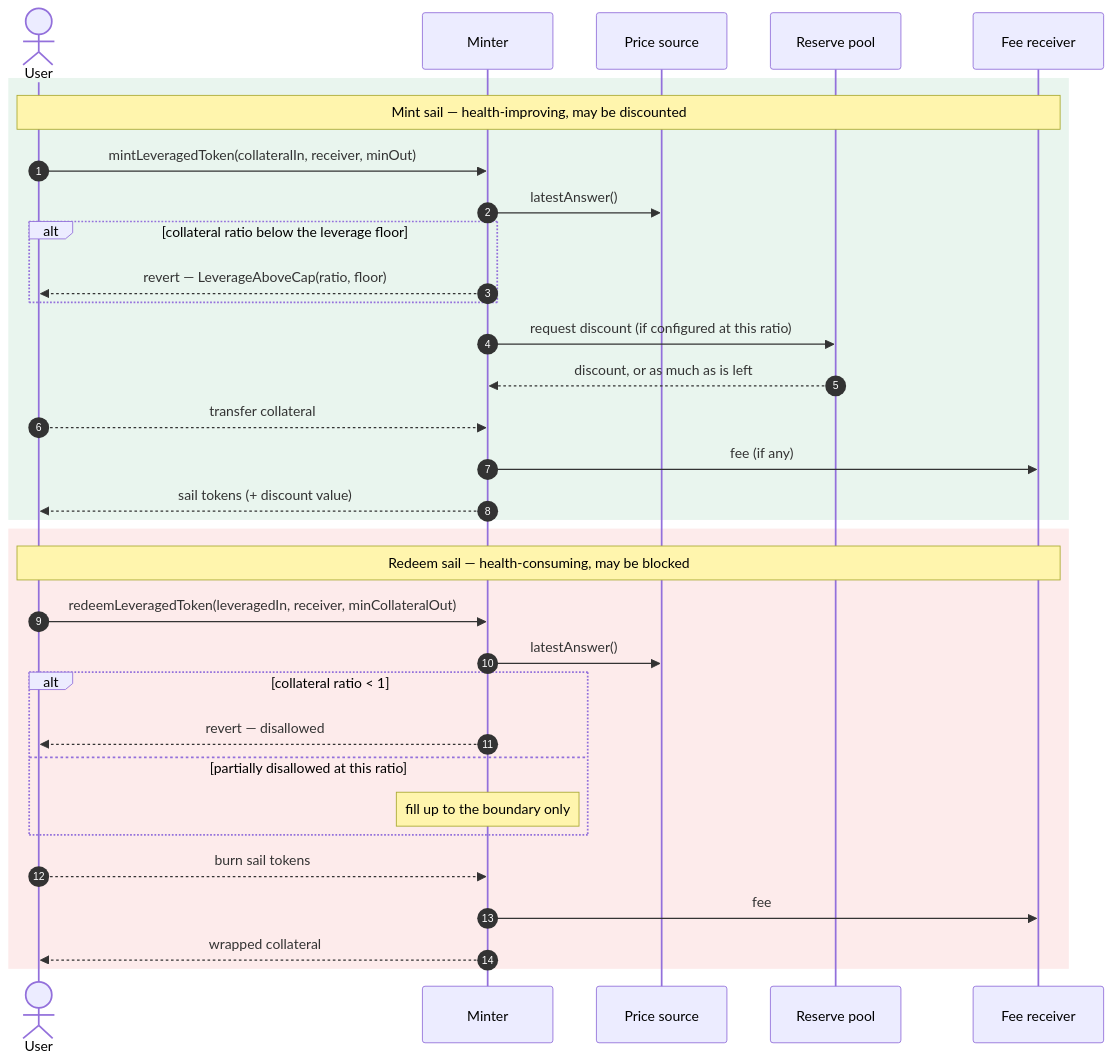
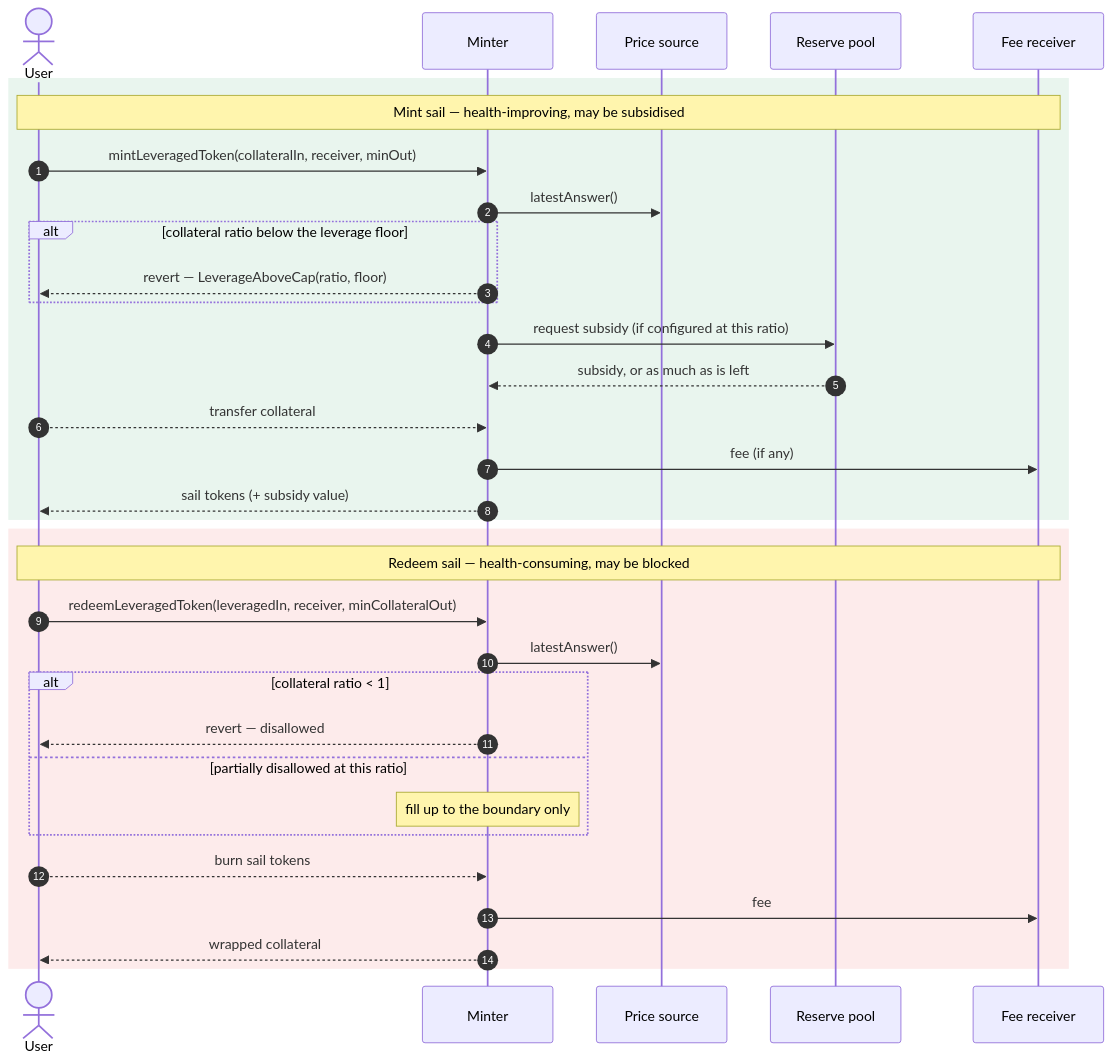
One commit to baofinance/harbor changed the sixth of 16 diagrams in doc/functional-spec.md. Above: the diagram before and after it, drawn with Mermaid. The commit also changed other lines of this file and 23 other files, not shown here.

Commit message:
"discount" renamed "subsidy" for the reserve

````diff
--- a/doc/functional-spec.md
+++ b/doc/functional-spec.md
@@ -1143,37 +1143,37 @@
 ```mermaid
 sequenceDiagram
     autonumber
     actor U as User
     participant M as Minter
     participant O as Price source
     participant R as Reserve pool
     participant F as Fee receiver
 
     rect rgb(233, 245, 238)
-    note over U,F: Mint sail — health-improving, may be discounted
+    note over U,F: Mint sail — health-improving, may be subsidised
     U->>M: mintLeveragedToken(collateralIn, receiver, minOut)
     M->>O: latestAnswer()
     alt collateral ratio below the leverage floor
         M-->>U: revert — LeverageAboveCap(ratio, floor)
     end
-    M->>R: request discount (if configured at this ratio)
-    R-->>M: discount, or as much as is left
+    M->>R: request subsidy (if configured at this ratio)
+    R-->>M: subsidy, or as much as is left
     U-->>M: transfer collateral
     M->>F: fee (if any)
-    M-->>U: sail tokens (+ discount value)
+    M-->>U: sail tokens (+ subsidy value)
     end
 
     rect rgb(253, 235, 235)
     note over U,F: Redeem sail — health-consuming, may be blocked
     U->>M: redeemLeveragedToken(leveragedIn, receiver, minCollateralOut)
     M->>O: latestAnswer()
     alt collateral ratio < 1
         M-->>U: revert — disallowed
     else partially disallowed at this ratio
         note over M: fill up to the boundary only
     end
     U-->>M: burn sail tokens
     M->>F: fee
     M-->>U: wrapped collateral
     end
 ```
````
